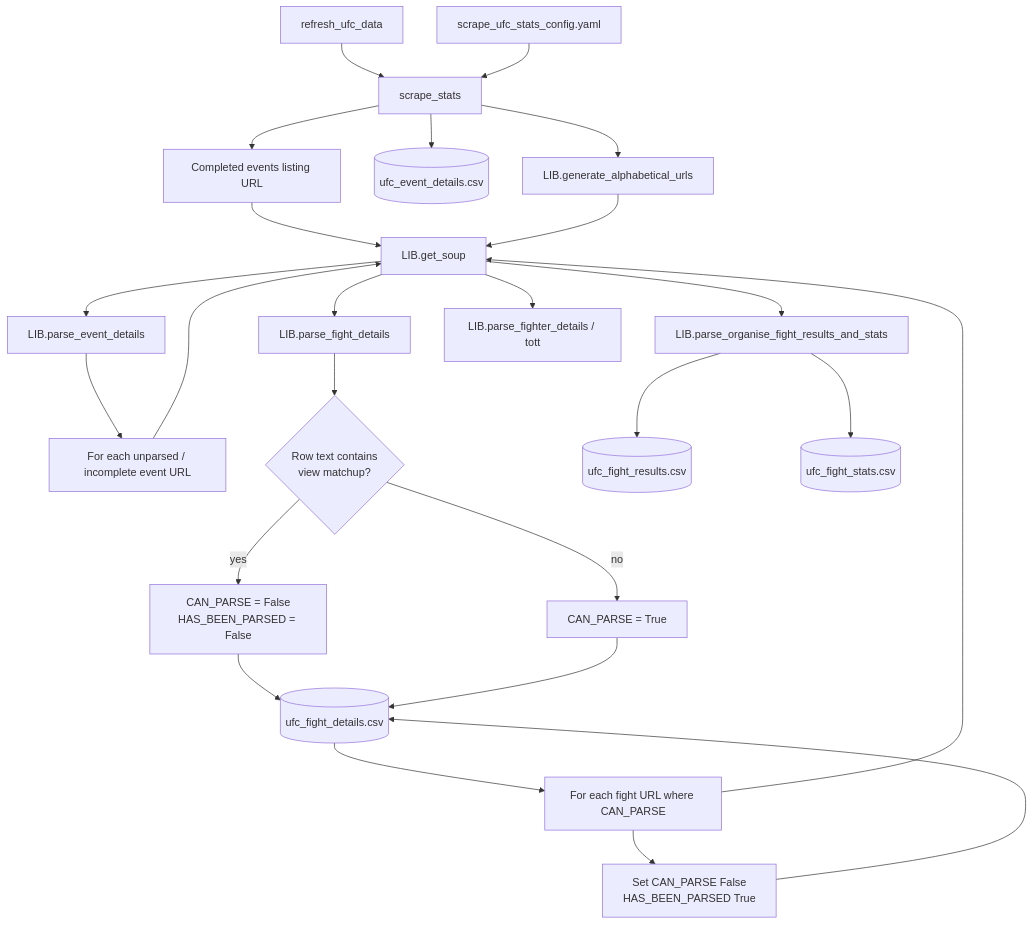
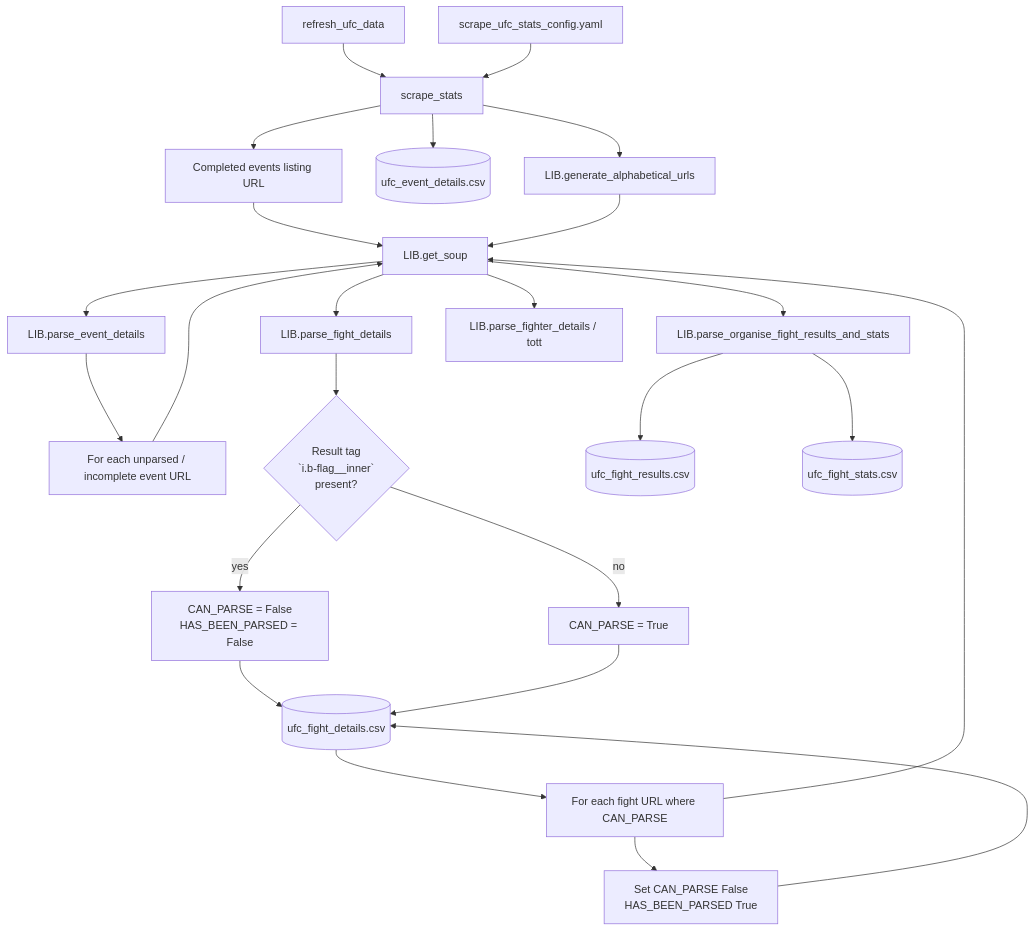
The first of 2 diagrams in backend/scripts/docs/ufc-etl-pipeline.md (treyrachall10/ufc-fantasy-app), drawn with Mermaid before and after one commit. The commit also changed other lines of this file, not shown here.

````diff
--- a/backend/scripts/docs/ufc-etl-pipeline.md
+++ b/backend/scripts/docs/ufc-etl-pipeline.md
@@ -162,40 +162,40 @@
 ```mermaid
 flowchart TD
     cmd[refresh_ufc_data]
     ss[scrape_stats]
     cfg[scrape_ufc_stats_config.yaml]
     idx[Completed events listing URL]
     ge[LIB.get_soup]
     pe[LIB.parse_event_details]
     evcsv[(ufc_event_details.csv)]
     fe[For each unparsed / incomplete event URL]
     pfd[LIB.parse_fight_details]
-    vm{Row text contains\nview matchup?}
+    vm{Result tag\n`i.b-flag__inner`\npresent?}
     nc[CAN_PARSE = False\nHAS_BEEN_PARSED = False]
     ok[CAN_PARSE = True]
     fcsv[(ufc_fight_details.csv)]
     loop[For each fight URL where CAN_PARSE]
     pars[LIB.parse_organise_fight_results_and_stats]
     rcsv[(ufc_fight_results.csv)]
     scsv[(ufc_fight_stats.csv)]
     mark[Set CAN_PARSE False\nHAS_BEEN_PARSED True]
     az[LIB.generate_alphabetical_urls]
     pfi[LIB.parse_fighter_details / tott]
 
     cmd --> ss
     cfg --> ss
     ss --> evcsv
     ss --> idx --> ge --> pe
     pe --> fe
     fe --> ge --> pfd
     pfd --> vm
     vm -->|yes| nc
     vm -->|no| ok
     nc & ok --> fcsv
     fcsv --> loop
     loop --> ge --> pars
     pars --> rcsv
     pars --> scsv
     loop --> mark --> fcsv
     ss --> az --> ge --> pfi
 ```
````
